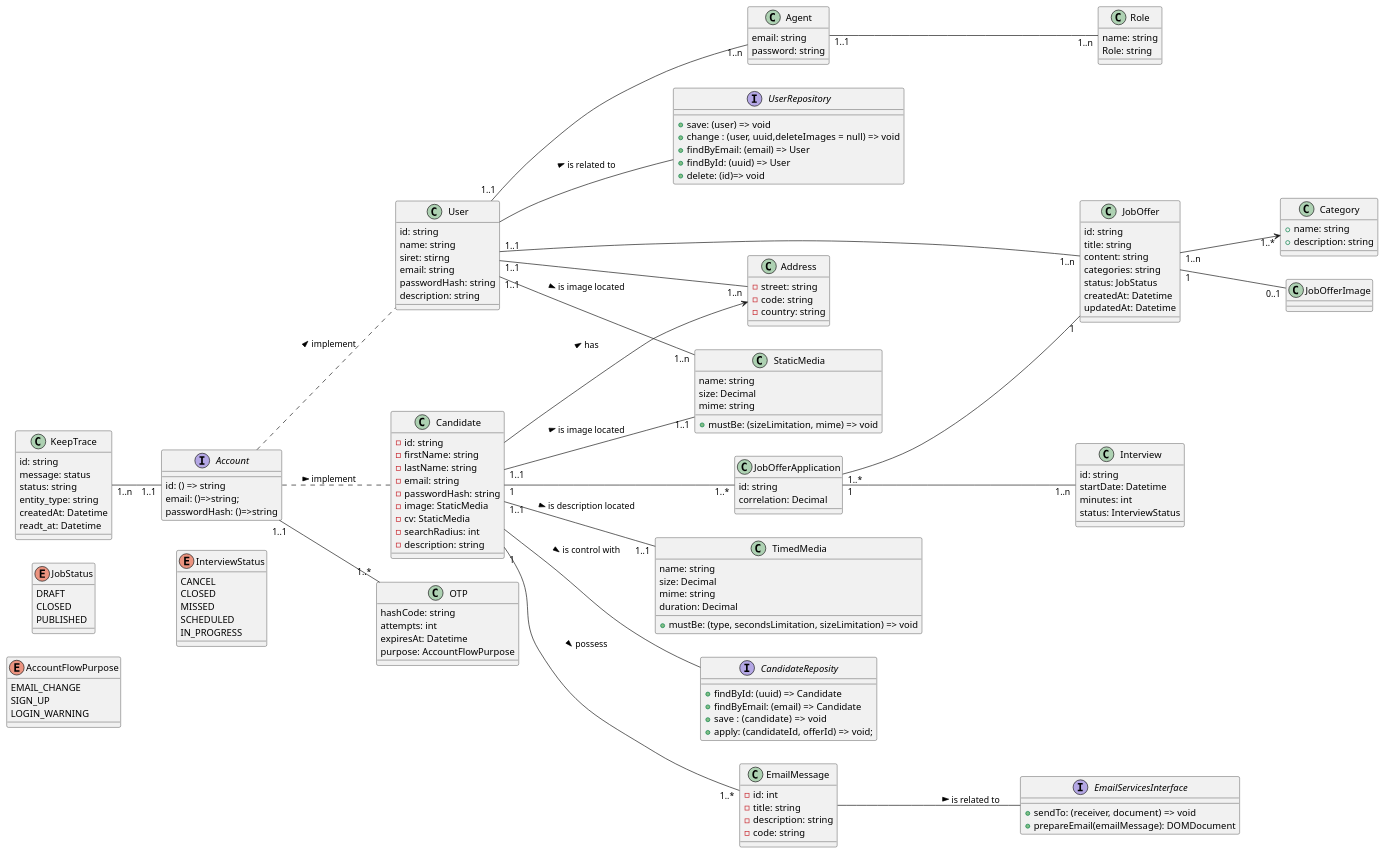
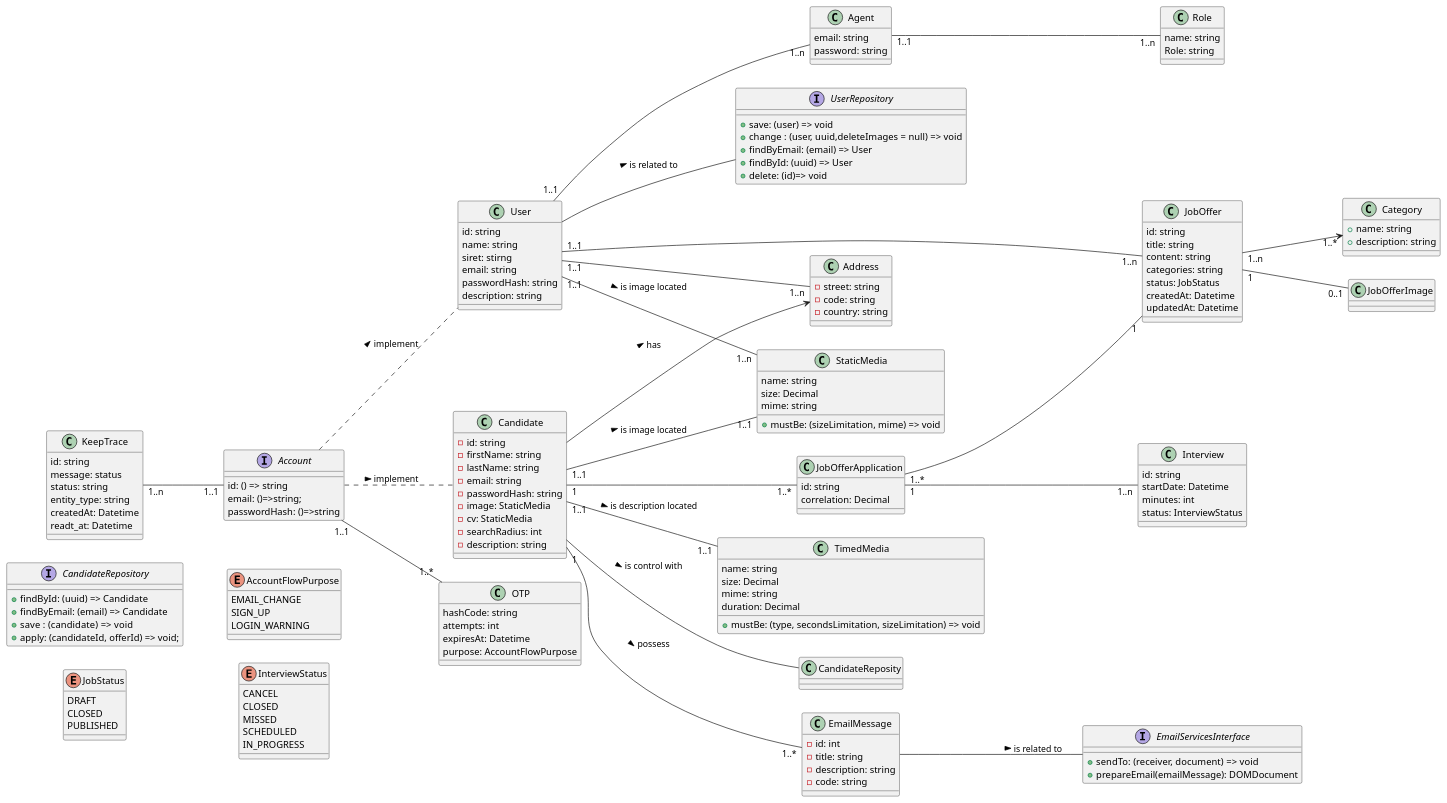
Before and after one commit to Spriggan-Team/HiringForge: the diagram in ressources/modeling/diagramme-class.puml, drawn with PlantUML.

Commit message:
add class & usecase & some sequenece (using plantuml(puml))

```diff
--- a/ressources/modeling/diagramme-class.puml
+++ b/ressources/modeling/diagramme-class.puml
@@ -41,7 +41,7 @@
     - description: string
 }
 
-interface CandidateReposity{
+interface CandidateRepository{
     + findById: (uuid) => Candidate
     + findByEmail: (email) => Candidate
     + save : (candidate) =>  void
```
